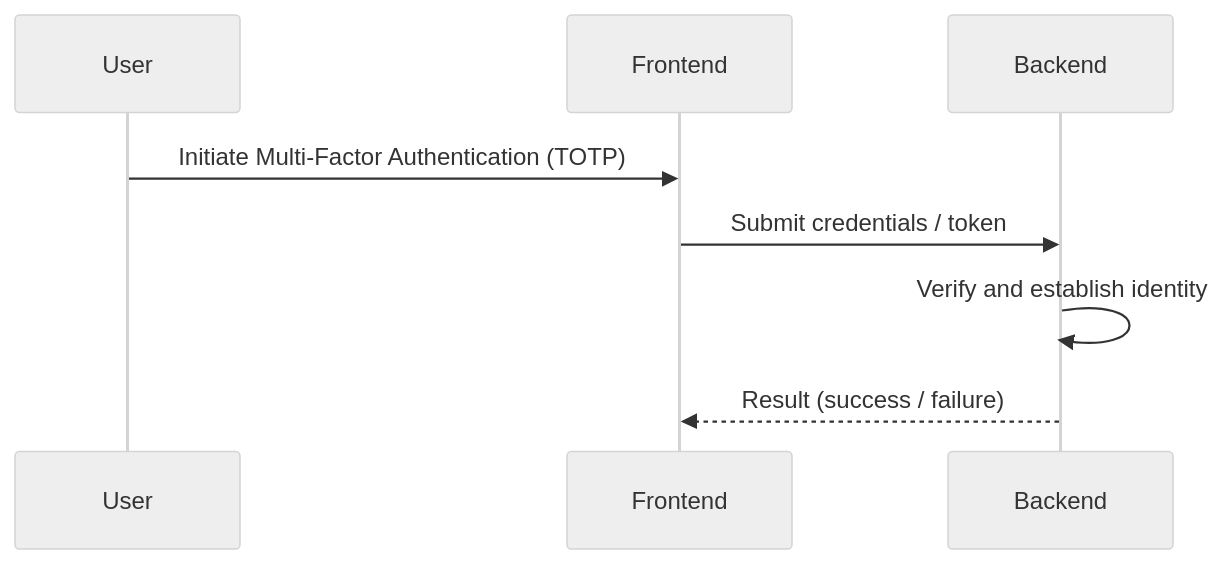
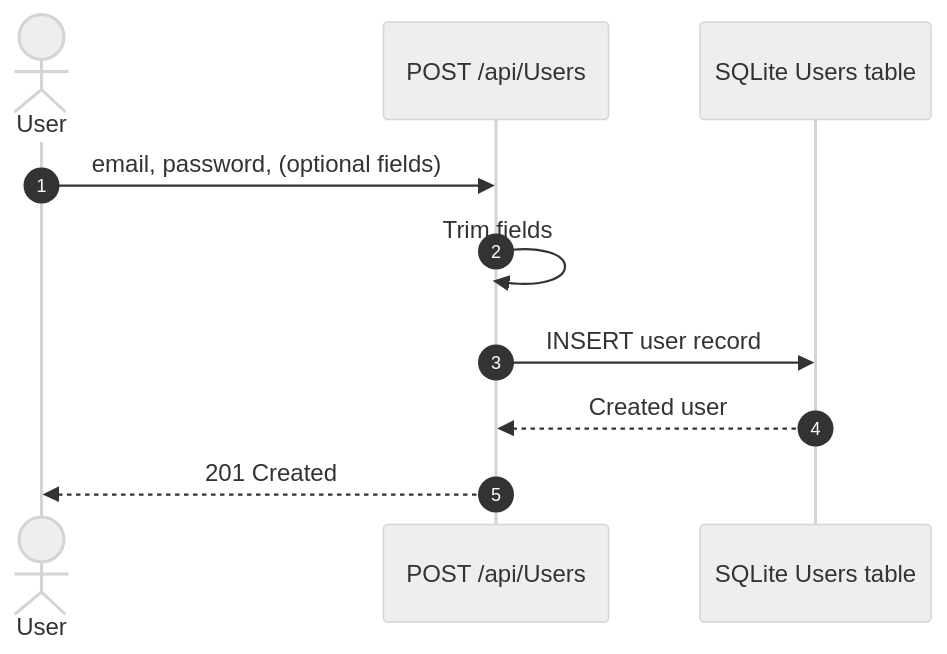
Diagram 11 of 14 in threat-modeler/threat-model-juice-shop-thorough-v0.6.0b4.md (appsec-foundry/appsec-advisor-examples), drawn with Mermaid (neutral theme) before and after one commit. The commit also changed other lines of this file and 11 other files, not shown here.

````diff
--- a/threat-modeler/threat-model-juice-shop-thorough-v0.6.0b4.md
+++ b/threat-modeler/threat-model-juice-shop-thorough-v0.6.0b4.md
@@ -1010,10 +962,13 @@
 ```mermaid
 sequenceDiagram
-    participant U as User
-    participant FE as Frontend
-    participant API as Backend
-    U->>FE: Initiate Multi-Factor Authentication (TOTP)
-    FE->>API: Submit credentials / token
-    API->>API: Verify and establish identity
-    API-->>FE: Result (success / failure)
+    autonumber
+    actor User
+    participant API as POST /api/Users
+    participant DB as SQLite Users table
+
+    User->>API: email, password, (optional fields)
+    API->>API: Trim fields
+    API->>DB: INSERT user record
+    DB-->>API: Created user
+    API-->>User: 201 Created
 ```
````
